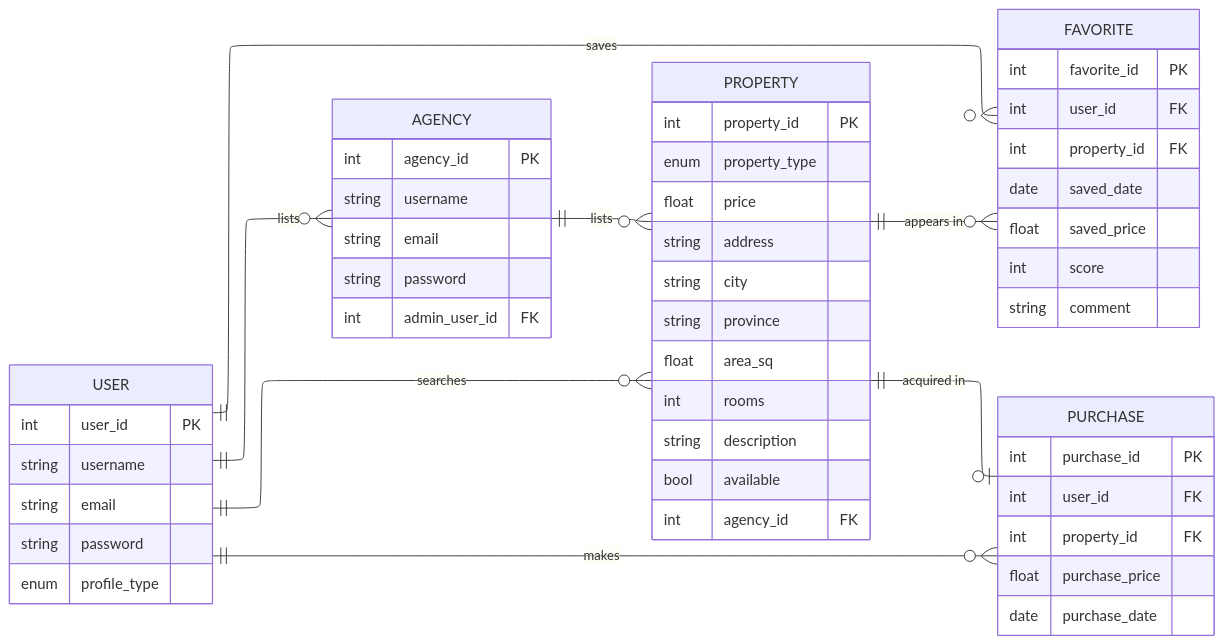
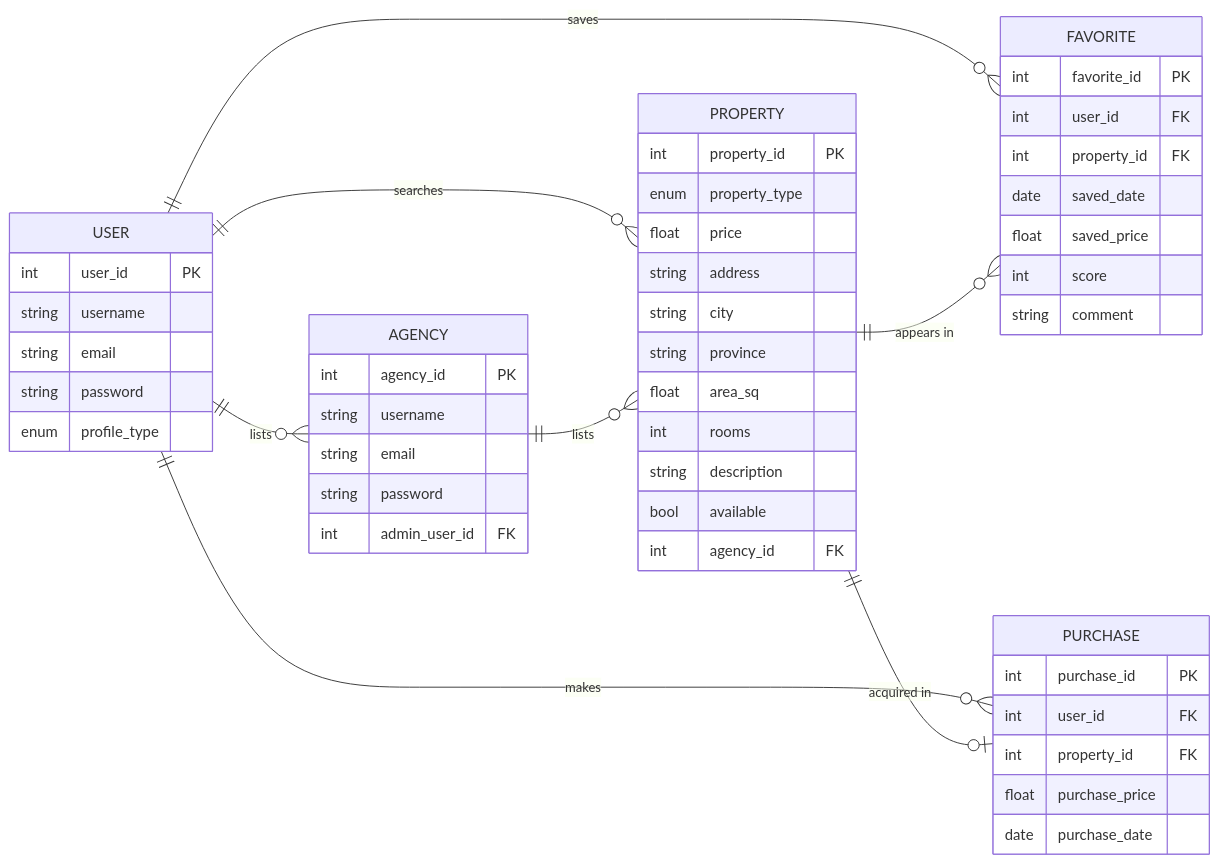
The diagram in DER.mmd (2026c1-pdes-grupo4/.github), drawn with Mermaid before and after one commit. The commit also changed 1 other file, not shown here.

```diff
--- a/DER.mmd
+++ b/DER.mmd
@@ -1,61 +1,57 @@
----
-config:
-  layout: elk
----
 erDiagram
 	direction LR
 	USER {
 		int user_id PK
 		string username
 		string email
 		string password
 		enum profile_type
 	}
 
 	AGENCY {
 		int agency_id PK
 		string username
 		string email
         string password
 		int admin_user_id FK
 	}
 
 	PROPERTY {
 		int property_id PK
 		enum property_type
 		float price
 		string address
 		string city
 		string province
 		float area_sq
 		int rooms
 		string description
 		bool available
 		int agency_id FK
 	}
 
 	FAVORITE {
 		int favorite_id PK
 		int user_id FK
 		int property_id FK
 		date saved_date
         float saved_price
 		int score
 		string comment
 	}
 
 	PURCHASE {
 		int purchase_id PK
 		int user_id FK
 		int property_id FK
 		float purchase_price
 		date purchase_date
 	}
 
 	USER||--o{AGENCY:"lists"
     USER||--o{PROPERTY:"searches"
 	USER||--o{FAVORITE:"saves"
 	USER||--o{PURCHASE:"makes"
 	AGENCY||--o{PROPERTY:"lists"
 	PROPERTY||--o{FAVORITE:"appears in"
 	PROPERTY||--o|PURCHASE:"acquired in"
```
